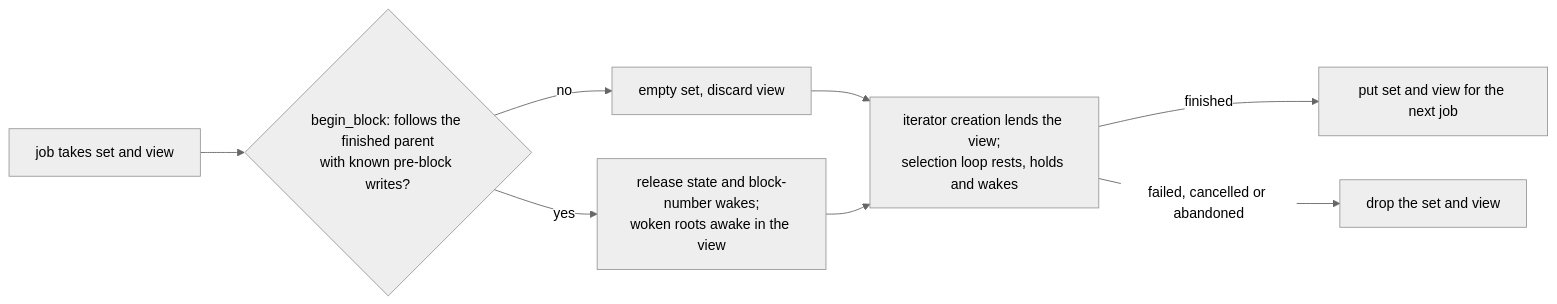
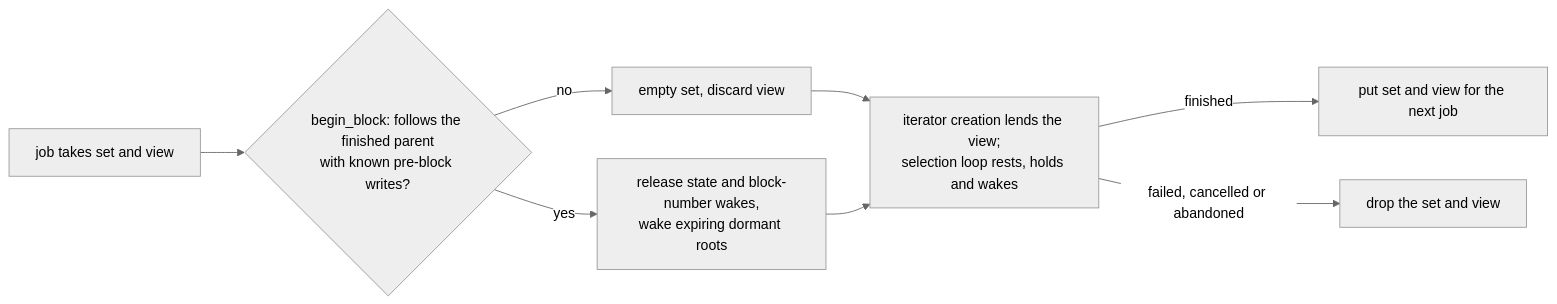
Before and after one commit to base/base: the diagram in crates/execution/payload/README.md, drawn with Mermaid (neutral theme). The commit also changed other lines of this file and 3 other files, not shown here.

````diff
--- a/crates/execution/payload/README.md
+++ b/crates/execution/payload/README.md
@@ -43,10 +45,10 @@
 ```mermaid
 flowchart LR
     Take["job takes set and view"] --> Begin{"begin_block: follows the finished parent<br/>with known pre-block writes?"}
     Begin -- no --> Reset["empty set, discard view"]
-    Begin -- yes --> Release["release state and block-number wakes;<br/>woken roots awake in the view"]
+    Begin -- yes --> Release["release state and block-number wakes,<br/>wake expiring dormant roots"]
     Reset --> Build["iterator creation lends the view;<br/>selection loop rests, holds and wakes"]
     Release --> Build
     Build -- finished --> Put["put set and view for the next job"]
     Build -- failed, cancelled or abandoned --> Drop["drop the set and view"]
 ```
````
